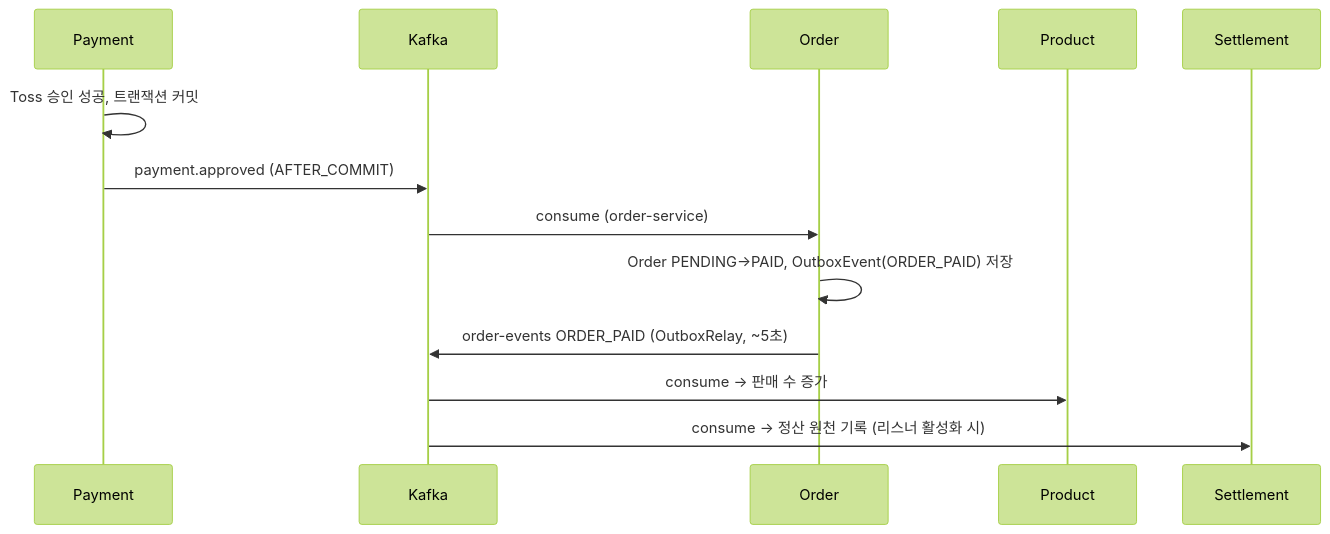
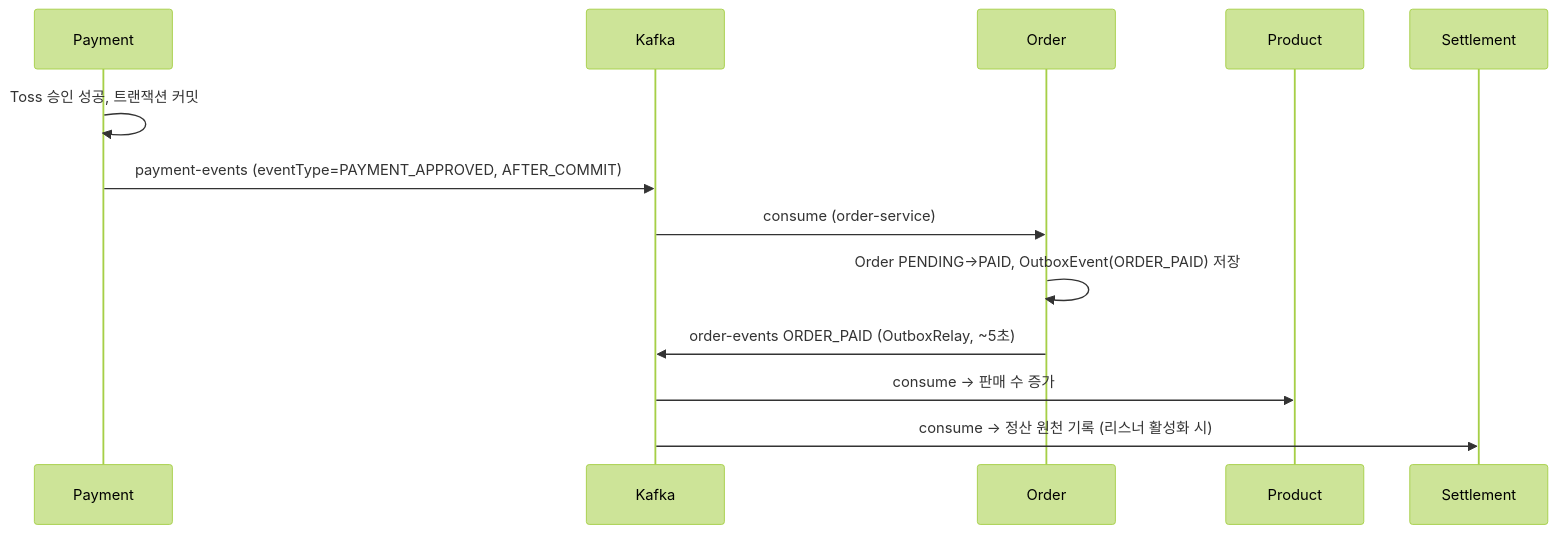
One commit to prgrms-be-adv-devcourse/beadv6_6_3JMT_BE changed the first of 4 diagrams in docs/architecture/event-flow.md. Above: the diagram before and after it, drawn with Mermaid (forest theme). The commit also changed other lines of this file, not shown here.

First line of the commit message:
docs: payment 이벤트 토픽 정보 오류 수정

````diff
--- a/docs/architecture/event-flow.md
+++ b/docs/architecture/event-flow.md
@@ -52,16 +53,16 @@
 ```mermaid
 sequenceDiagram
     participant PAY as Payment
     participant K as Kafka
     participant ORD as Order
     participant PRD as Product
     participant STL as Settlement
 
     PAY->>PAY: Toss 승인 성공, 트랜잭션 커밋
-    PAY->>K: payment.approved (AFTER_COMMIT)
+    PAY->>K: payment-events (eventType=PAYMENT_APPROVED, AFTER_COMMIT)
     K->>ORD: consume (order-service)
     ORD->>ORD: Order PENDING→PAID, OutboxEvent(ORDER_PAID) 저장
     ORD->>K: order-events ORDER_PAID (OutboxRelay, ~5초)
     K->>PRD: consume → 판매 수 증가
     K->>STL: consume → 정산 원천 기록 (리스너 활성화 시)
 ```
````
